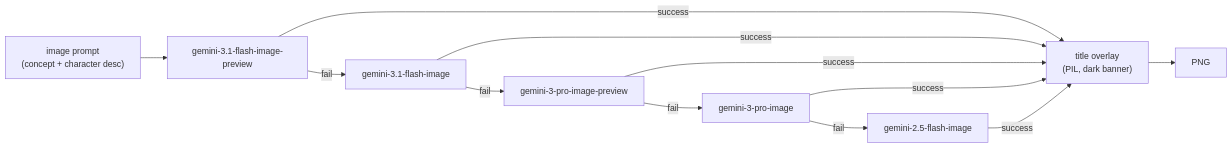
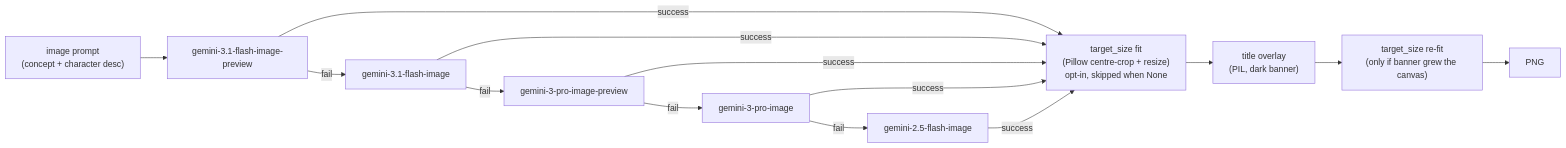
The sixth of 9 diagrams in docs/architecture.md (josemrsantos/gata), drawn with Mermaid before and after one commit. The commit also changed other lines of this file and 11 other files, not shown here.

````diff
--- a/docs/architecture.md
+++ b/docs/architecture.md
@@ -338,19 +338,23 @@
 ```mermaid
 flowchart LR
     IN["image prompt\n(concept + character desc)"]
     M1["gemini-3.1-flash-image-preview"]
     M2["gemini-3.1-flash-image"]
     M3["gemini-3-pro-image-preview"]
     M4["gemini-3-pro-image"]
     M5["gemini-2.5-flash-image"]
+    TS1["target_size fit\n(Pillow centre-crop + resize)\nopt-in, skipped when None"]
     TL["title overlay\n(PIL, dark banner)"]
+    TS2["target_size re-fit\n(only if banner grew the canvas)"]
     OUT["PNG"]
 
     IN --> M1
     M1 -->|"fail"| M2
     M2 -->|"fail"| M3
     M3 -->|"fail"| M4
     M4 -->|"fail"| M5
-    M1 & M2 & M3 & M4 & M5 -->|"success"| TL
-    TL --> OUT
+    M1 & M2 & M3 & M4 & M5 -->|"success"| TS1
+    TS1 --> TL
+    TL --> TS2
+    TS2 --> OUT
 ```
````
